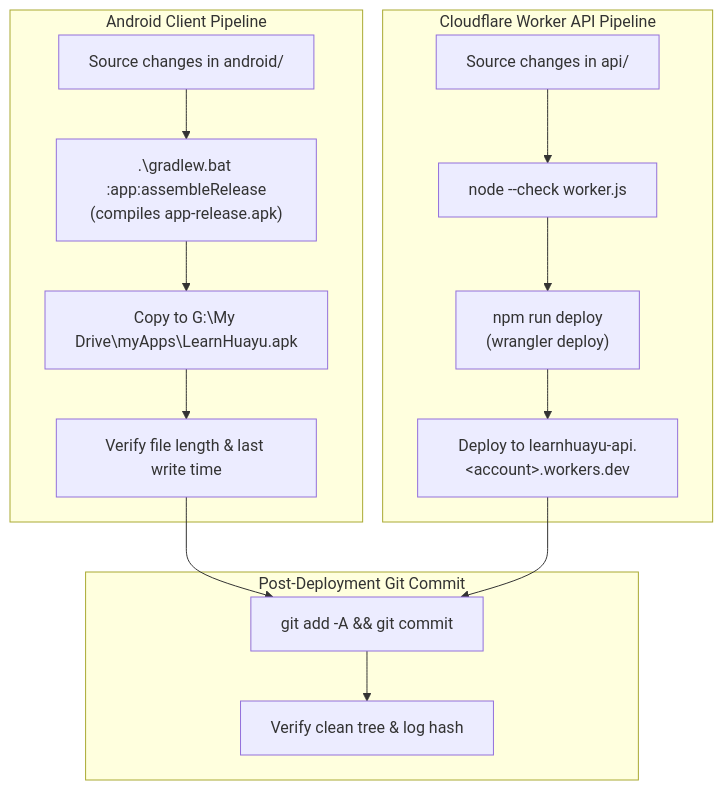
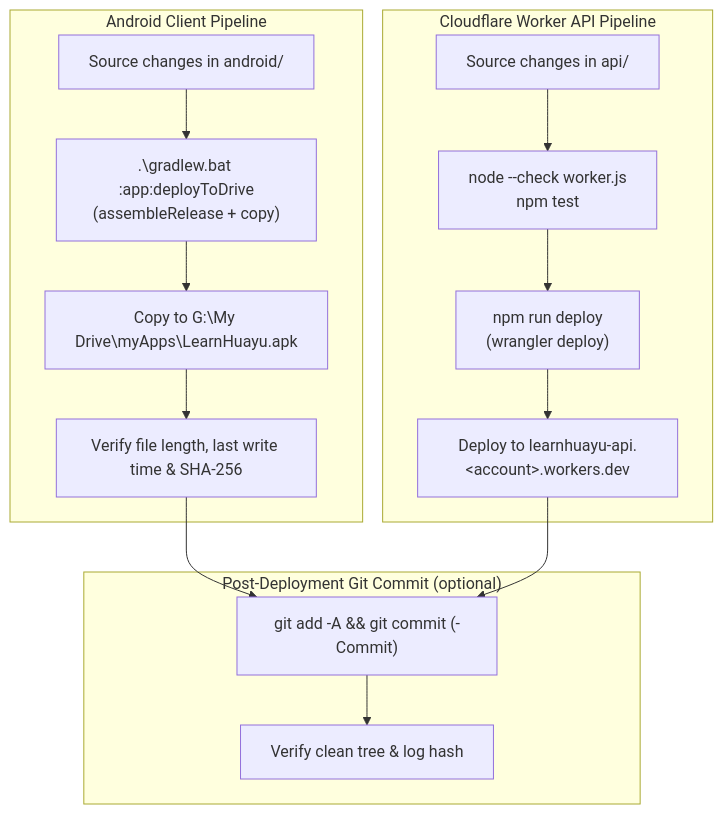
Before and after one commit to iamenianc/Mandarin: the diagram in docs/06-pipeline.md, drawn with Mermaid. The commit also changed other lines of this file and 4 other files, not shown here.

First line of the commit message:
Add the local deploy pipeline and Google Drive publish task

````diff
--- a/docs/06-pipeline.md
+++ b/docs/06-pipeline.md
@@ -14,28 +24,28 @@
 ```mermaid
 flowchart TD
 
     subgraph A["Android Client Pipeline"]
         A1["Source changes in android/"]
-        A2[".\gradlew.bat :app:assembleRelease<br/>(compiles app-release.apk)"]
+        A2[".\gradlew.bat :app:deployToDrive<br/>(assembleRelease + copy)"]
         A3["Copy to G:\My Drive\myApps\LearnHuayu.apk"]
-        A4["Verify file length & last write time"]
+        A4["Verify file length, last write time & SHA-256"]
         A1 --> A2 --> A3 --> A4
     end
 
     subgraph B["Cloudflare Worker API Pipeline"]
         B1["Source changes in api/"]
-        B2["node --check worker.js"]
+        B2["node --check worker.js<br/>npm test"]
         B3["npm run deploy<br/>(wrangler deploy)"]
         B4["Deploy to learnhuayu-api.&lt;account&gt;.workers.dev"]
         B1 --> B2 --> B3 --> B4
     end
 
-    subgraph C["Post-Deployment Git Commit"]
-        C1["git add -A &amp;&amp; git commit"]
+    subgraph C["Post-Deployment Git Commit (optional)"]
+        C1["git add -A &amp;&amp; git commit (-Commit)"]
         C2["Verify clean tree &amp; log hash"]
         C1 --> C2
     end
 
     A4 --> C1
     B4 --> C1
 ```
````
